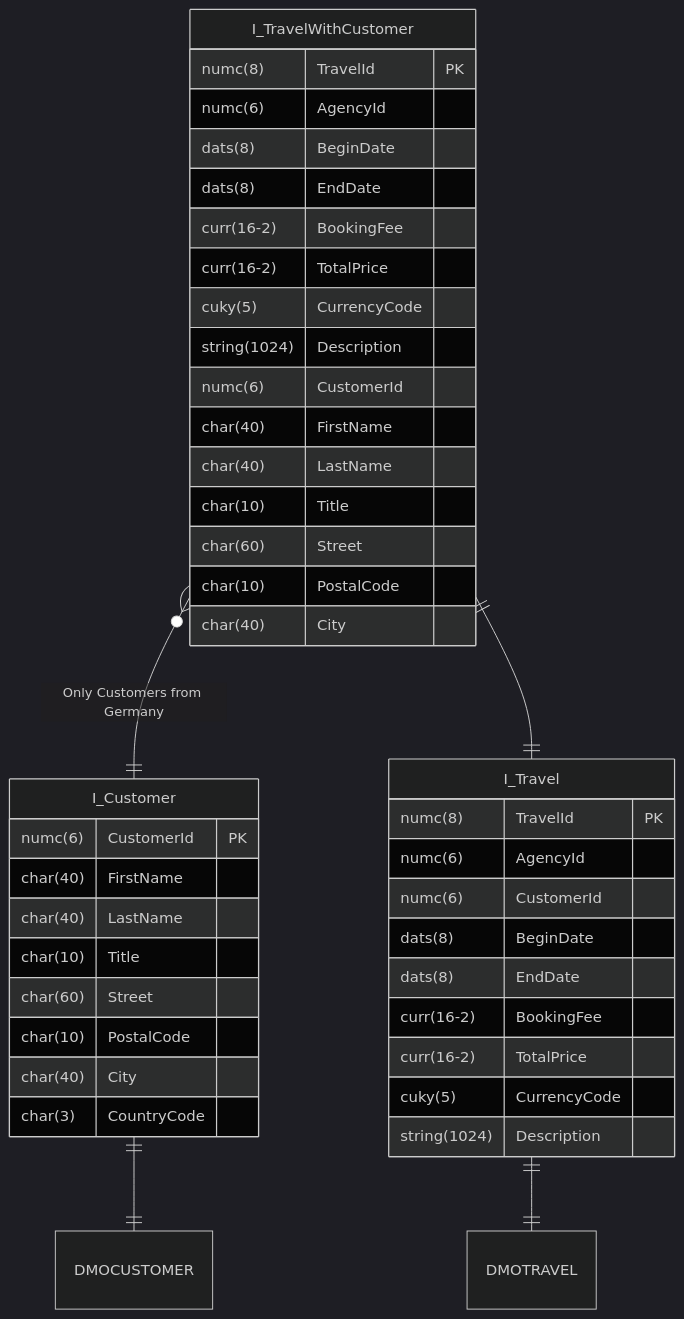
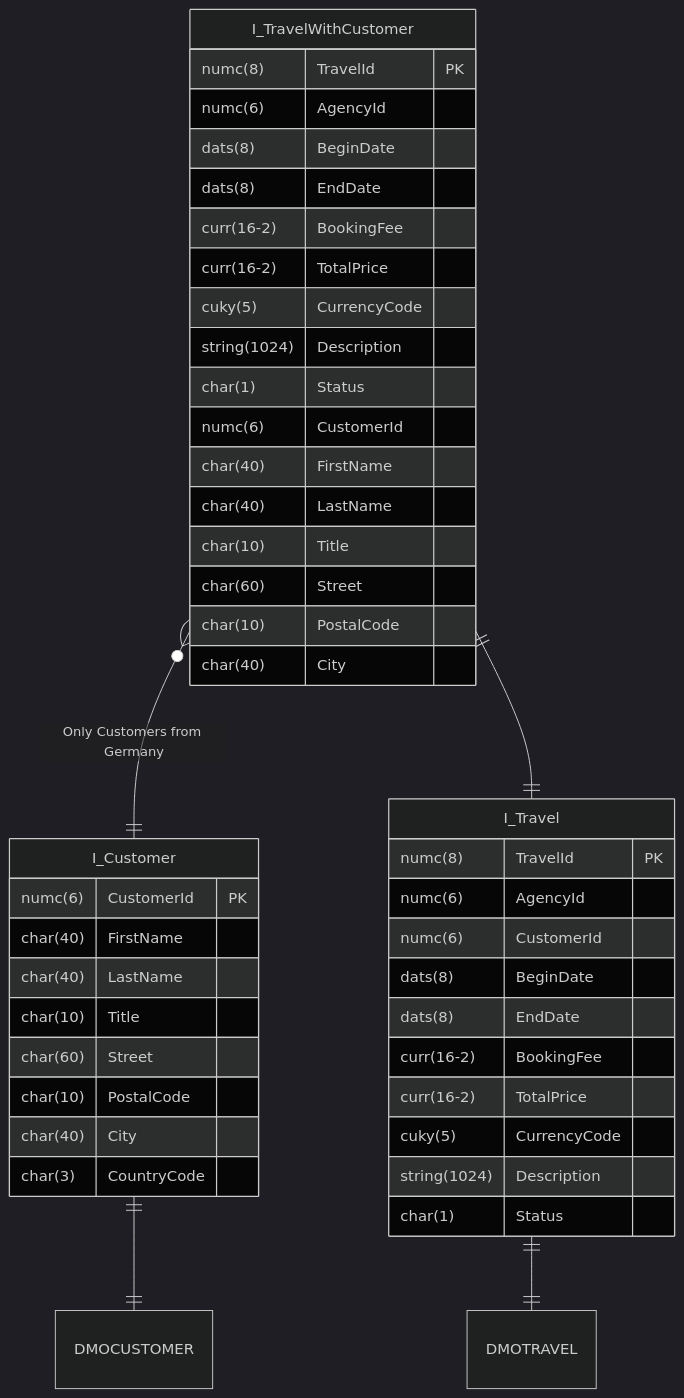
Before and after one commit to appenmaier/s4hana: the diagram in docs/exercises/abap-cds/abap-cds-03.md, drawn with Mermaid (dark theme). The commit also changed 4 other files, not shown here.

````diff
--- a/docs/exercises/abap-cds/abap-cds-03.md
+++ b/docs/exercises/abap-cds/abap-cds-03.md
@@ -10,49 +10,51 @@
 ```mermaid
 erDiagram
 
     I_Customer ||--|| DMOCUSTOMER : ""
     I_Travel ||--|| DMOTRAVEL : ""
     I_TravelWithCustomer }o--|| I_Customer : "Only Customers from Germany"
     I_TravelWithCustomer ||--|| I_Travel : ""
 
     I_TravelWithCustomer {
         numc(8) TravelId PK
         numc(6) AgencyId
         dats(8) BeginDate
         dats(8) EndDate
         curr(16-2) BookingFee
         curr(16-2) TotalPrice
         cuky(5) CurrencyCode
         string(1024) Description
+        char(1) Status
         numc(6) CustomerId
         char(40) FirstName
         char(40) LastName
         char(10) Title
         char(60) Street
         char(10) PostalCode
         char(40) City
     }
 
     I_Customer {
         numc(6) CustomerId PK
         char(40) FirstName
         char(40) LastName
         char(10) Title
         char(60) Street
         char(10) PostalCode
         char(40) City
         char(3) CountryCode
     }
 
     I_Travel {
         numc(8) TravelId PK
         numc(6) AgencyId
         numc(6) CustomerId
         dats(8) BeginDate
         dats(8) EndDate
         curr(16-2) BookingFee
         curr(16-2) TotalPrice
         cuky(5) CurrencyCode
         string(1024) Description
+        char(1) Status
     }
 ```
````
